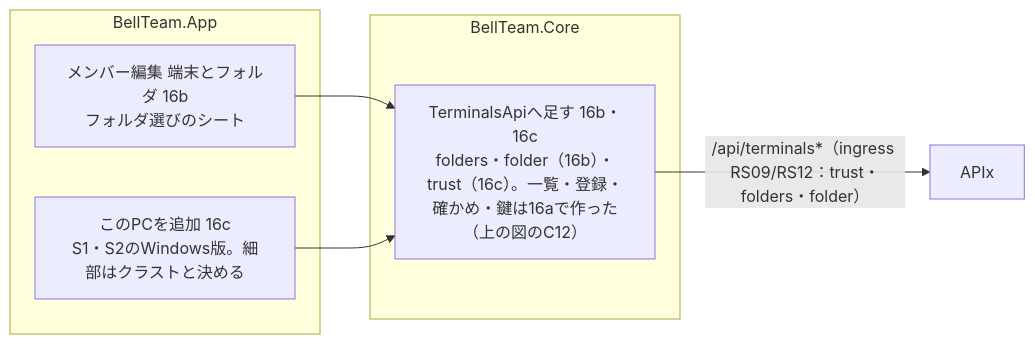
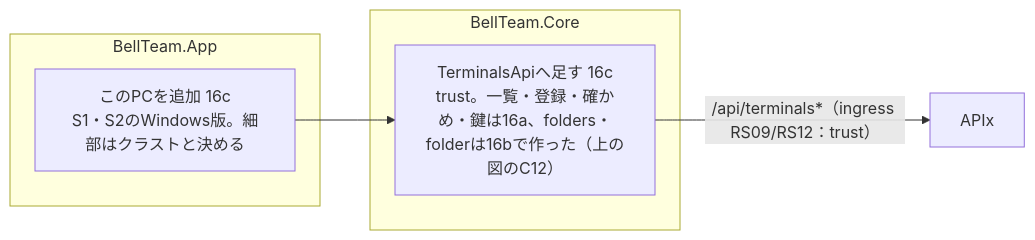
Before and after one commit to kitepon/BellTeam: the fifth of 6 diagrams in docs/windows-architecture.md, drawn with Mermaid. The commit also changed other lines of this file and 29 other files, not shown here.

First line of the commit message:
Windows: member editor 端末とフォルダ and the folder picker sheet (W-MAC row 16b)

````diff
--- a/docs/windows-architecture.md
+++ b/docs/windows-architecture.md
@@ -154,13 +159,11 @@
 ```mermaid
 flowchart LR
   subgraph AppNew[BellTeam.App]
-    N5[メンバー編集 端末とフォルダ 16b<br/>フォルダ選びのシート]
     N6[このPCを追加 16c<br/>S1・S2のWindows版。細部はクラストと決める]
   end
   subgraph CoreNew[BellTeam.Core]
-    W3[TerminalsApiへ足す 16b・16c<br/>folders・folder（16b）・trust（16c）。一覧・登録・確かめ・鍵は16aで作った（上の図のC12）]
+    W3[TerminalsApiへ足す 16c<br/>trust。一覧・登録・確かめ・鍵は16a、folders・folderは16bで作った（上の図のC12）]
   end
-  N5 --> W3
   N6 --> W3
-  W3 -->|"/api/terminals*（ingress RS09/RS12：trust・folders・folder）"| APIx
+  W3 -->|"/api/terminals*（ingress RS09/RS12：trust）"| APIx
 ```
````
